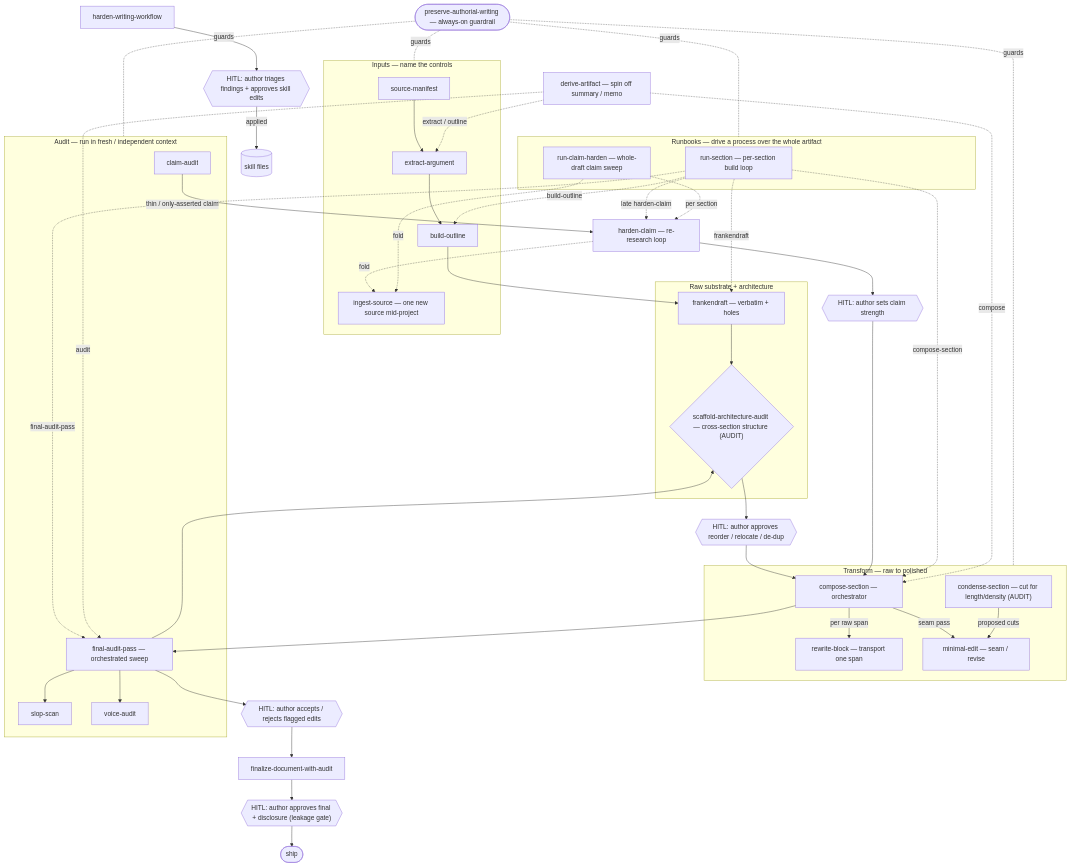
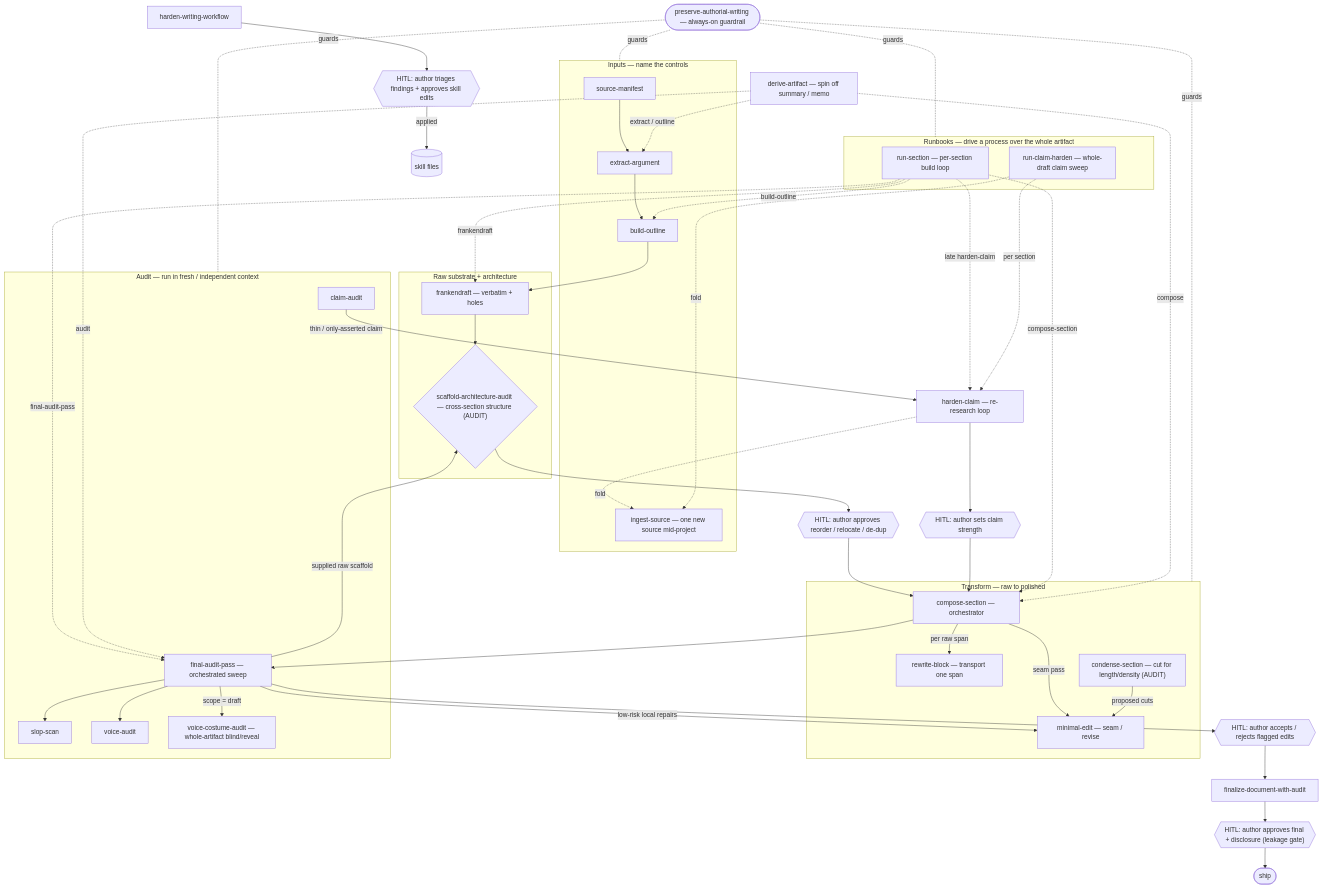
Before and after one commit to famulare/writing-assistant-skills: the diagram in references/skill-graph.md, drawn with Mermaid. The commit also changed other lines of this file and 62 other files, not shown here.

````diff
--- a/references/skill-graph.md
+++ b/references/skill-graph.md
@@ -9,72 +9,75 @@
 ```mermaid
 flowchart TD
   core(["preserve-authorial-writing — always-on guardrail"])
 
   subgraph IN["Inputs — name the controls"]
     sm["source-manifest"] --> ea["extract-argument"] --> bo["build-outline"]
     is["ingest-source — one new source mid-project"]
   end
 
   subgraph RAW["Raw substrate + architecture"]
     fd["frankendraft — verbatim + holes"]
     saa{"scaffold-architecture-audit — cross-section structure (AUDIT)"}
   end
 
   subgraph TR["Transform — raw to polished"]
     cs["compose-section — orchestrator"]
     rb["rewrite-block — transport one span"]
     me["minimal-edit — seam / revise"]
     cse["condense-section — cut for length/density (AUDIT)"]
     cs -->|per raw span| rb
     cs -->|seam pass| me
     cse -->|proposed cuts| me
   end
 
   subgraph AUD["Audit — run in fresh / independent context"]
     ap["final-audit-pass — orchestrated sweep"]
     ss["slop-scan"]
     ca["claim-audit"]
     va["voice-audit"]
+    vca["voice-costume-audit — whole-artifact blind/reveal"]
     ap --> ss
     ap --> va
-    ap --> saa
+    ap -->|scope = draft| vca
+    ap -->|supplied raw scaffold| saa
+    ap -->|low-risk local repairs| me
   end
 
   subgraph RUN["Runbooks — drive a process over the whole artifact"]
     rs["run-section — per-section build loop"]
     rch["run-claim-harden — whole-draft claim sweep"]
   end
 
   hc["harden-claim — re-research loop"]
   da["derive-artifact — spin off summary / memo"]
   fin["finalize-document-with-audit"]
   hww["harden-writing-workflow"]
   H1{{"HITL: author approves reorder / relocate / de-dup"}}
   H2{{"HITL: author accepts / rejects flagged edits"}}
   H3{{"HITL: author sets claim strength"}}
   H4{{"HITL: author approves final + disclosure (leakage gate)"}}
   H5{{"HITL: author triages findings + approves skill edits"}}
   ship(["ship"])
 
   bo --> fd --> saa --> H1 --> cs
   cs --> ap --> H2 --> fin --> H4 --> ship
   ca -->|thin / only-asserted claim| hc --> H3 --> cs
   hc -. fold .-> is
   hww --> H5 -->|applied| skills[("skill files")]
 
   rs -.->|build-outline| bo
   rs -.->|frankendraft| fd
   rs -.->|compose-section| cs
   rs -.->|final-audit-pass| ap
   rs -.->|late harden-claim| hc
   rch -.->|per section| hc
   rch -.->|fold| is
   da -.->|extract / outline| ea
   da -.->|compose| cs
   da -.->|audit| ap
 
   core -.guards.- IN
   core -.guards.- TR
   core -.guards.- AUD
   core -.guards.- RUN
 ```
````
